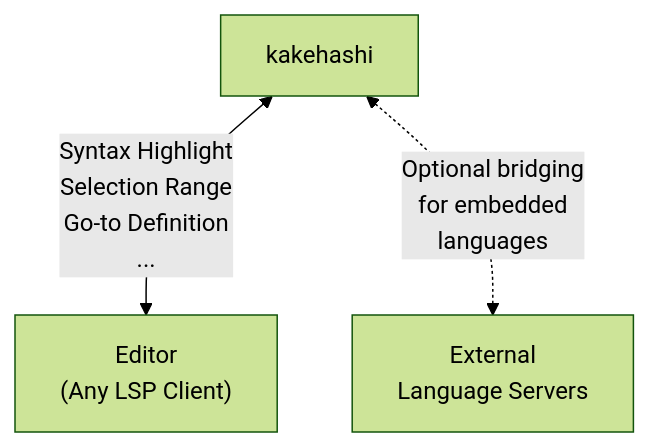
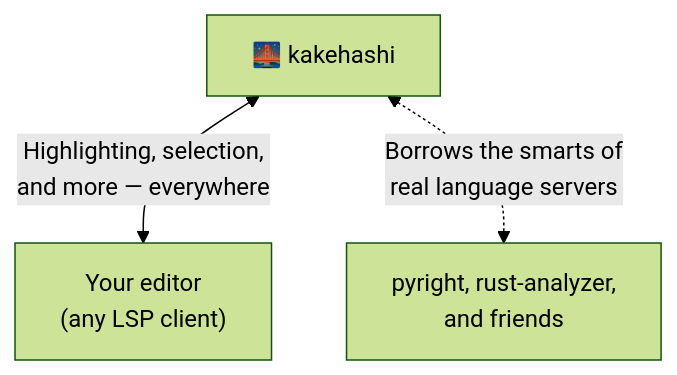
The diagram in README.md (atusy/kakehashi), drawn with Mermaid (forest theme) before and after one commit. The commit also changed other lines of this file, not shown here.

````diff
--- a/README.md
+++ b/README.md
@@ -7,5 +11,5 @@
 ```mermaid
 flowchart TB
-    K[kakehashi] <-->|Syntax Highlight<br>Selection Range<br>Go-to Definition<br>...| E["Editor<br>(Any LSP Client)"]
-    K[kakehashi] <-.->|Optional bridging<br>for embedded<br>languages| LS["External<br>Language Servers"]
+    K[🌉 kakehashi] <-->|Highlighting, selection,<br>and more — everywhere| E["Your editor<br>(any LSP client)"]
+    K <-.->|Borrows the smarts of<br>real language servers| LS["pyright, rust-analyzer,<br>and friends"]
 ```
````
